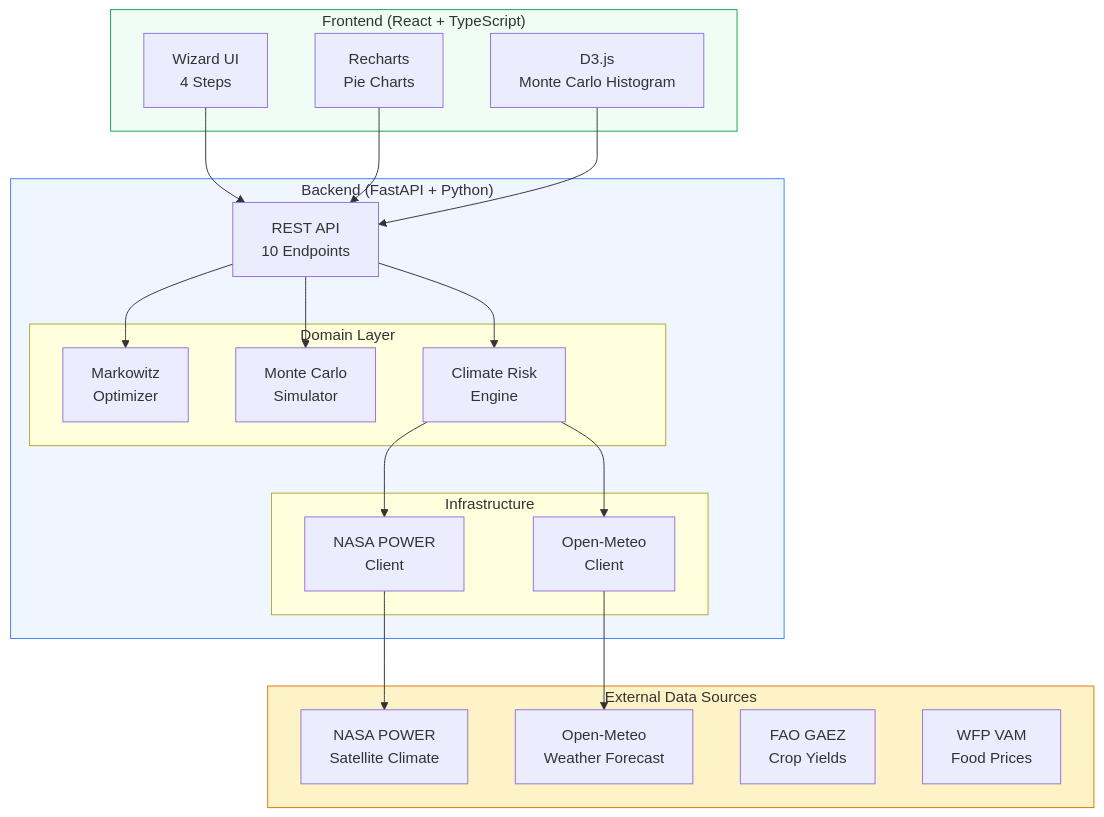
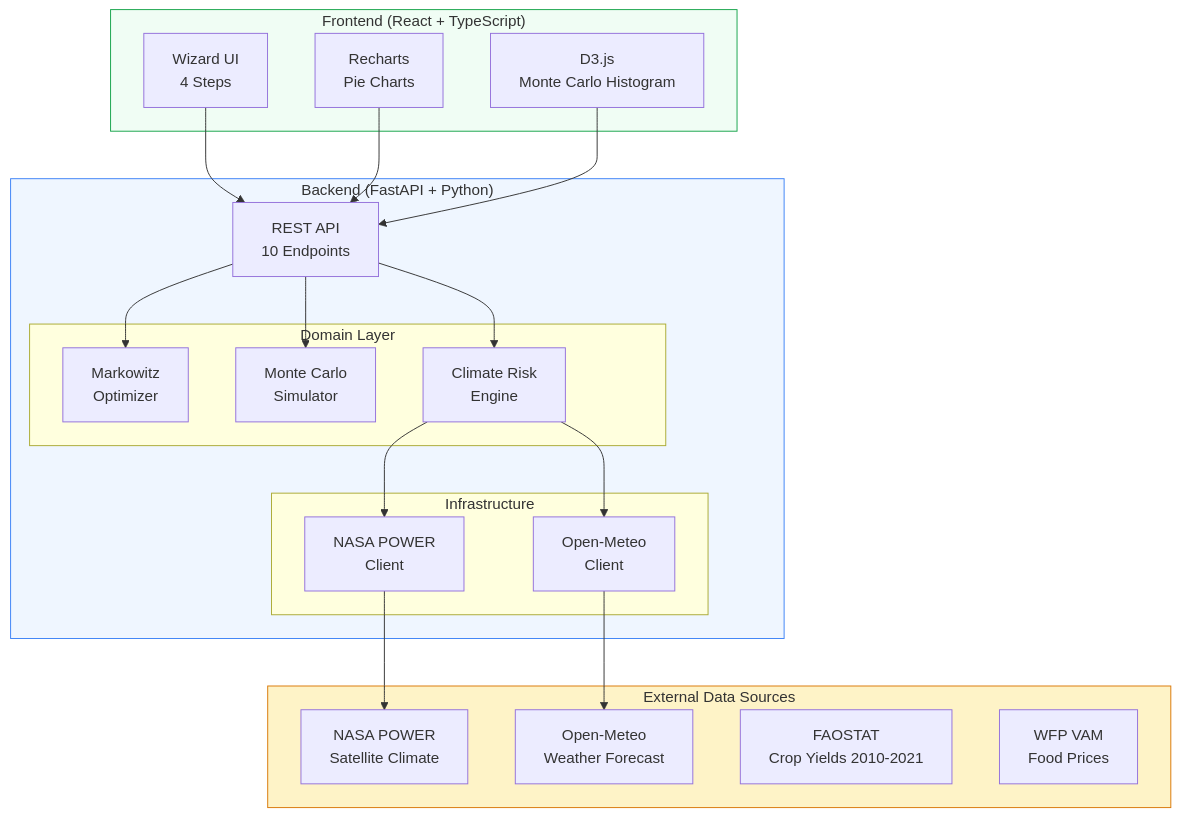
One commit to soneeee22000/CropFolio changed the second of 4 diagrams in README.md. Above: the diagram before and after it, drawn with Mermaid. The commit also changed other lines of this file and 4 other files, not shown here.

````diff
--- a/README.md
+++ b/README.md
@@ -154,43 +147,43 @@
 ```mermaid
 graph TB
     subgraph Frontend["Frontend (React + TypeScript)"]
         UI["Wizard UI\n4 Steps"]
         Charts["Recharts\nPie Charts"]
         D3["D3.js\nMonte Carlo Histogram"]
     end
 
     subgraph Backend["Backend (FastAPI + Python)"]
         API["REST API\n10 Endpoints"]
         subgraph Domain["Domain Layer"]
             OPT["Markowitz\nOptimizer"]
             SIM["Monte Carlo\nSimulator"]
             CLM["Climate Risk\nEngine"]
         end
         subgraph Infra["Infrastructure"]
             NASA["NASA POWER\nClient"]
             METEO["Open-Meteo\nClient"]
         end
     end
 
     subgraph Data["External Data Sources"]
         NP["NASA POWER\nSatellite Climate"]
         OM["Open-Meteo\nWeather Forecast"]
-        FAO["FAO GAEZ\nCrop Yields"]
+        FAO["FAOSTAT\nCrop Yields 2010-2021"]
         WFP["WFP VAM\nFood Prices"]
     end
 
     UI --> API
     Charts --> API
     D3 --> API
     API --> OPT
     API --> SIM
     API --> CLM
     CLM --> NASA
     CLM --> METEO
     NASA --> NP
     METEO --> OM
 
     style Frontend fill:#f0fdf4,stroke:#16a34a
     style Backend fill:#eff6ff,stroke:#3b82f6
     style Data fill:#fef3c7,stroke:#d97706
 ```
````
